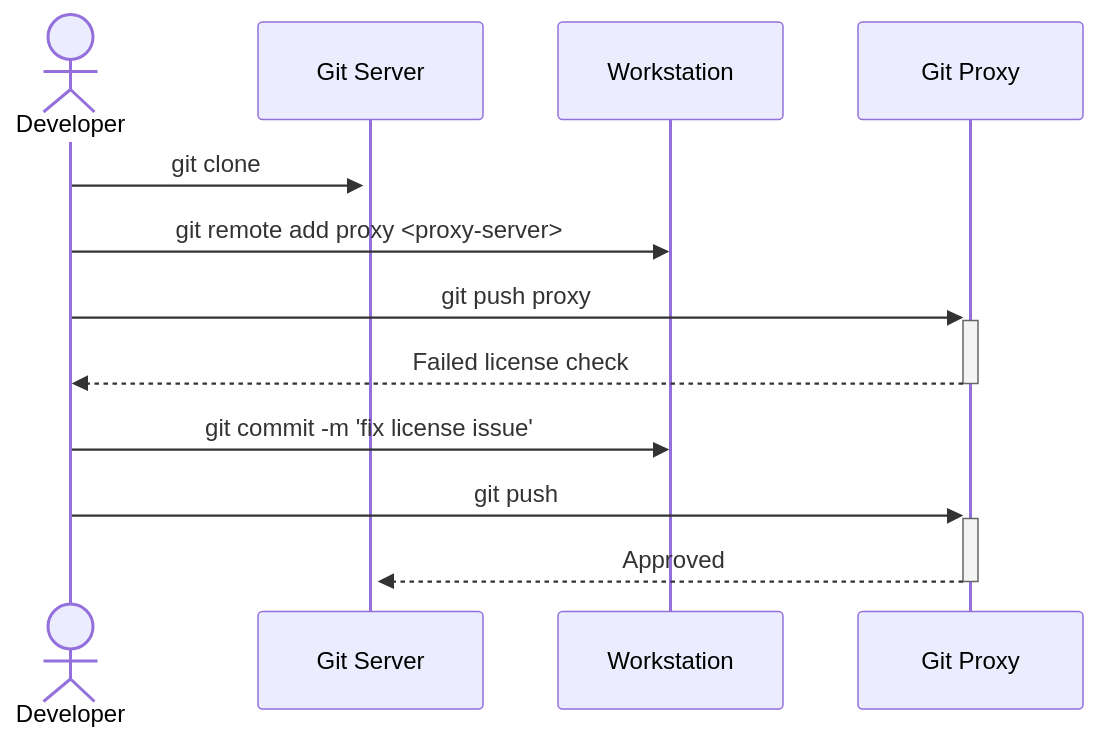
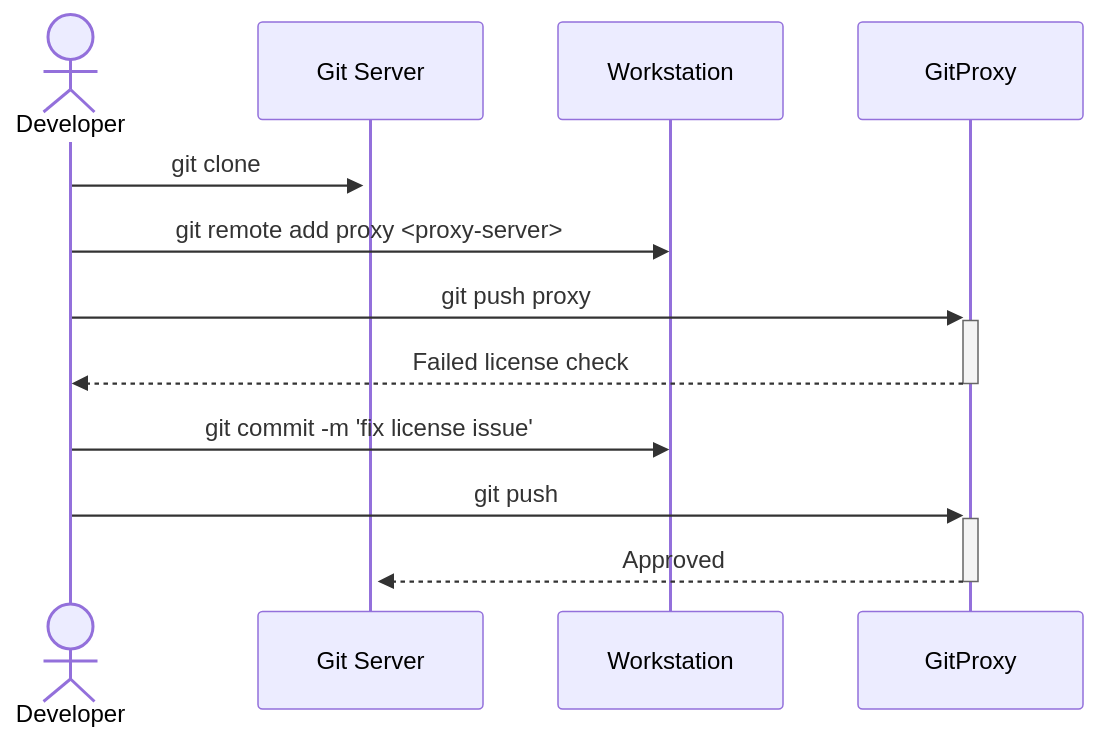
One commit to finos/git-proxy changed the diagram in README.md. Above: the diagram before and after it, drawn with Mermaid. The commit also changed other lines of this file and 9 other files, not shown here.

Commit message:
Replaced "Git Proxy" with "GitProxy"

````diff
--- a/README.md
+++ b/README.md
@@ -46,11 +46,11 @@
 ```mermaid
 sequenceDiagram
     actor Developer
     Developer->>+Git Server: git clone
     Developer->>Workstation: git remote add proxy <proxy-server>
-    Developer->>+Git Proxy: git push proxy
-    Git Proxy-->>-Developer: Failed license check
+    Developer->>+GitProxy: git push proxy
+    GitProxy-->>-Developer: Failed license check
     Developer->>Workstation: git commit -m 'fix license issue'
-    Developer->>+Git Proxy: git push
-    Git Proxy-->>-Git Server: Approved
+    Developer->>+GitProxy: git push
+    GitProxy-->>-Git Server: Approved
 ```
````
